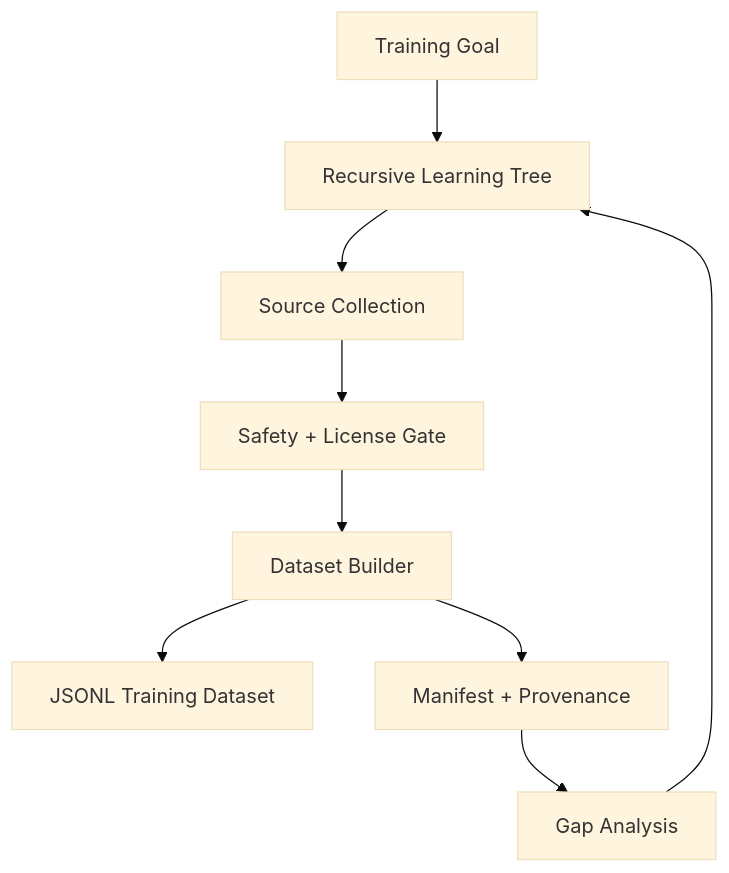
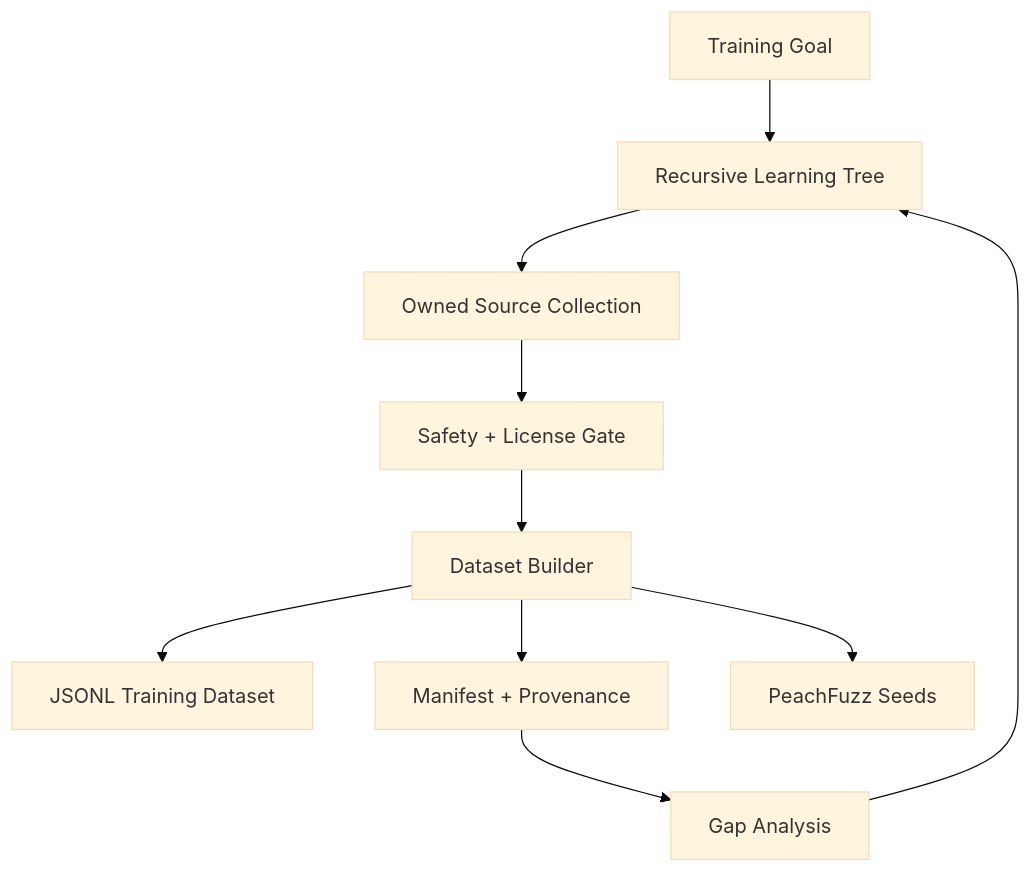
One commit to 0ai-Cyberviser/PeachTree changed the diagram in README.md. Above: the diagram before and after it, drawn with Mermaid (base theme). The commit also changed other lines of this file, not shown here.

````diff
--- a/README.md
+++ b/README.md
@@ -11,11 +19,12 @@
 ```mermaid
 flowchart TD
     A[Training Goal] --> B[Recursive Learning Tree]
-    B --> C[Source Collection]
+    B --> C[Owned Source Collection]
     C --> D[Safety + License Gate]
     D --> E[Dataset Builder]
     E --> F[JSONL Training Dataset]
     E --> G[Manifest + Provenance]
-    G --> H[Gap Analysis]
-    H --> B
+    E --> H[PeachFuzz Seeds]
+    G --> I[Gap Analysis]
+    I --> B
 ```
````
